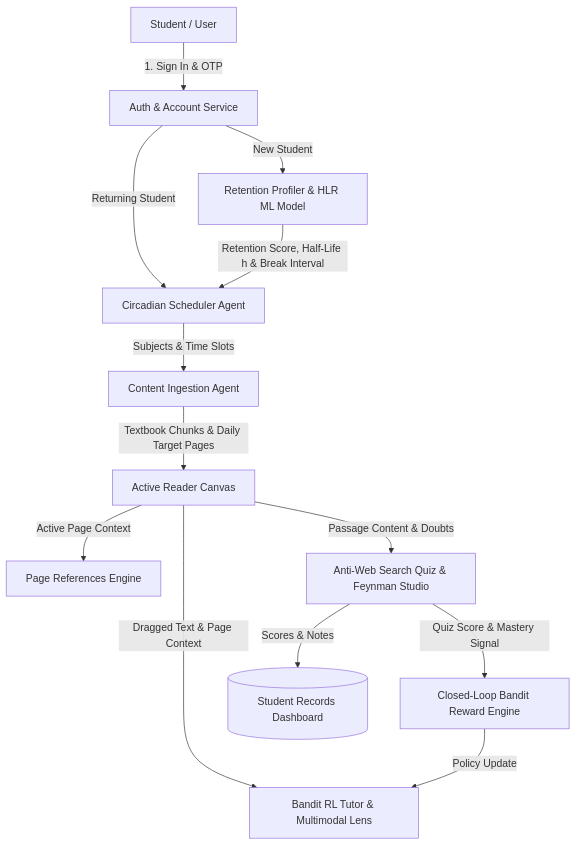
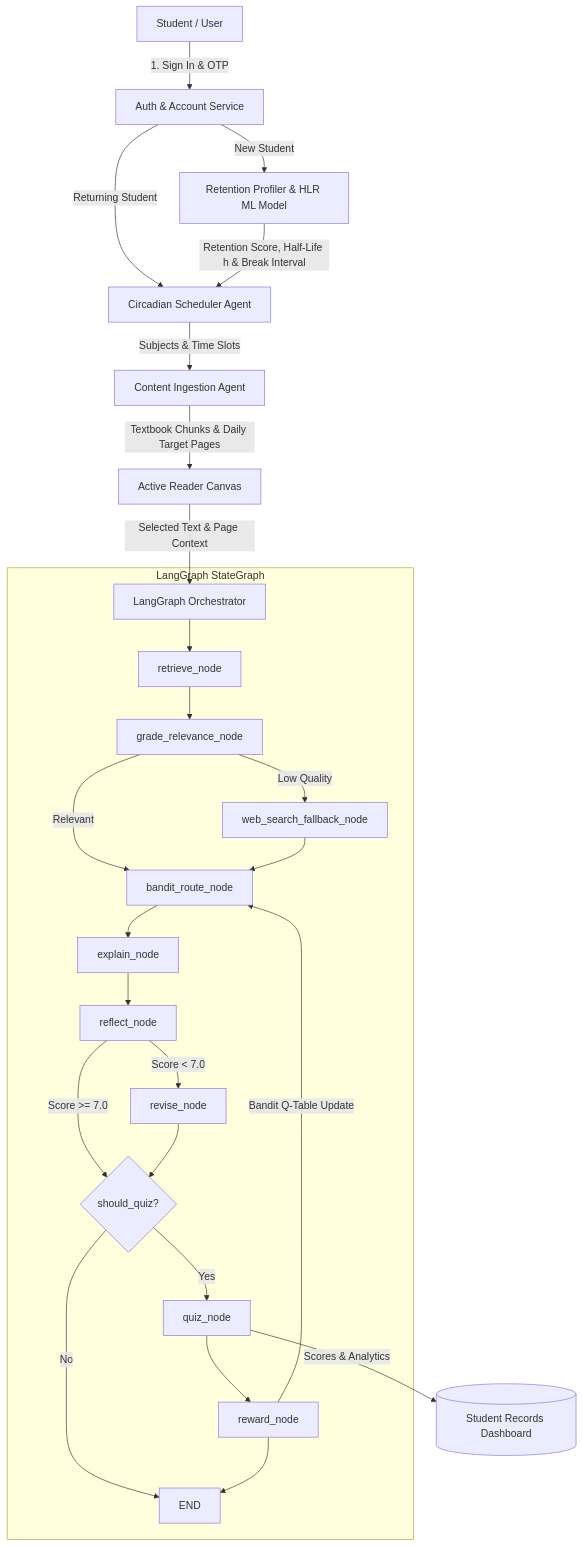
The diagram in README.md (VikasHiremath14/study-prep-ai), drawn with Mermaid before and after one commit. The commit also changed other lines of this file and 37 other files, not shown here.

````diff
--- a/README.md
+++ b/README.md
@@ -42,15 +45,30 @@
 ```mermaid
 graph TD
     A[Student / User] -->|1. Sign In & OTP| B[Auth & Account Service]
     B -->|New Student| C[Retention Profiler & HLR ML Model]
     B -->|Returning Student| D[Circadian Scheduler Agent]
     C -->|Retention Score, Half-Life h & Break Interval| D
     D -->|Subjects & Time Slots| E[Content Ingestion Agent]
     E -->|Textbook Chunks & Daily Target Pages| F[Active Reader Canvas]
-    F -->|Dragged Text & Page Context| G[Bandit RL Tutor & Multimodal Lens]
-    F -->|Active Page Context| H[Page References Engine]
-    F -->|Passage Content & Doubts| I[Anti-Web Search Quiz & Feynman Studio]
-    I -->|Quiz Score & Mastery Signal| J[Closed-Loop Bandit Reward Engine]
-    J -->|Policy Update| G
-    I -->|Scores & Notes| K[(Student Records Dashboard)]
+    F -->|Selected Text & Page Context| G[LangGraph Orchestrator]
+    
+    subgraph LangGraph StateGraph
+        G --> H[retrieve_node]
+        H --> I[grade_relevance_node]
+        I -->|Low Quality| J[web_search_fallback_node]
+        I -->|Relevant| K[bandit_route_node]
+        J --> K
+        K --> L[explain_node]
+        L --> M[reflect_node]
+        M -->|Score < 7.0| N[revise_node]
+        M -->|Score >= 7.0| O{should_quiz?}
+        N --> O
+        O -->|Yes| P[quiz_node]
+        O -->|No| Q[END]
+        P --> R[reward_node]
+        R --> Q
+    end
+
+    R -->|Bandit Q-Table Update| K
+    P -->|Scores & Analytics| S[(Student Records Dashboard)]
 ```
````
